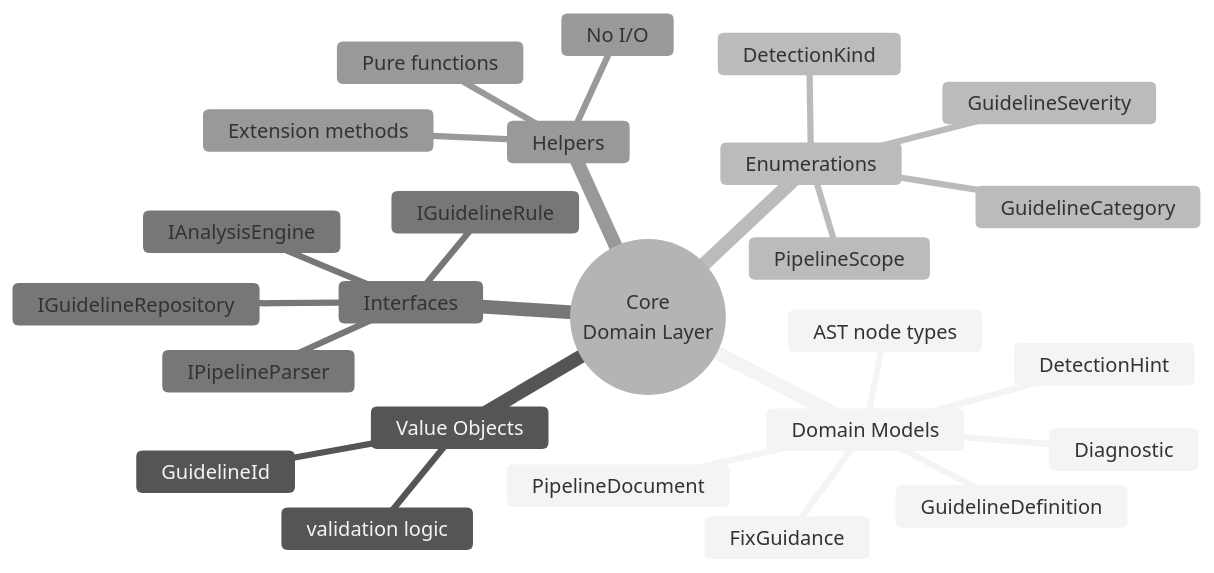
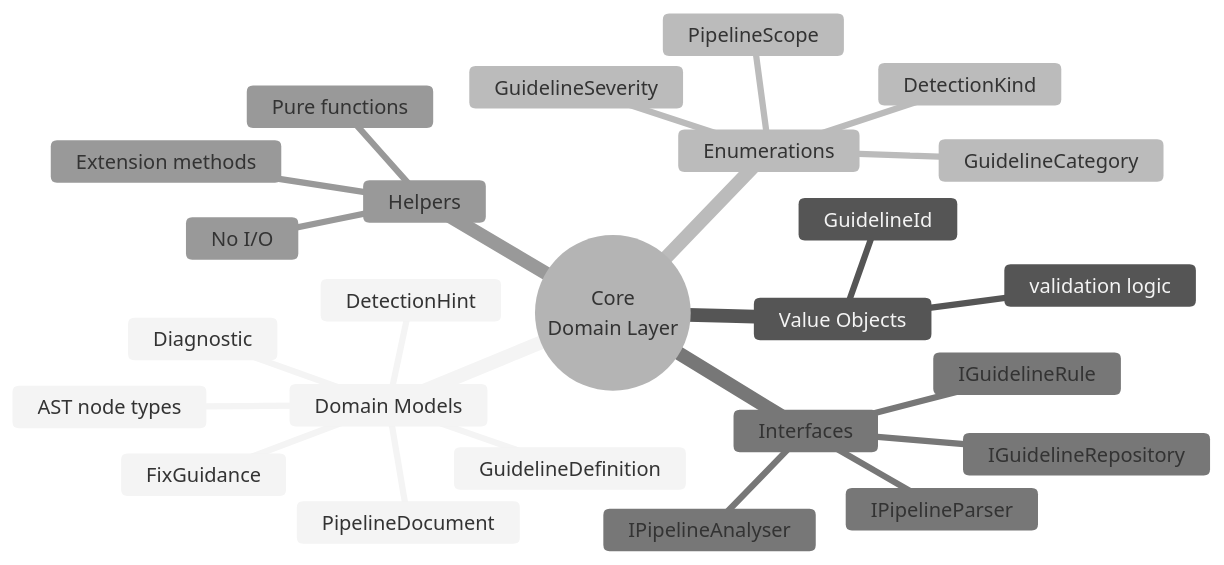
The first of 2 diagrams in src/AzurePipelines.Guidelines.Core/AGENTS.md (ruijarimba/azure-pipelines-guidelines-ai-mcp), drawn with Mermaid (neutral theme) before and after one commit. The commit also changed 6 other files, not shown here.

````diff
--- a/src/AzurePipelines.Guidelines.Core/AGENTS.md
+++ b/src/AzurePipelines.Guidelines.Core/AGENTS.md
@@ -11,28 +11,28 @@
 ```mermaid
 mindmap
   root((Core<br/>Domain Layer))
     Domain Models
       GuidelineDefinition
       DetectionHint
       FixGuidance
       Diagnostic
       PipelineDocument
       AST node types
     Value Objects
       GuidelineId
       validation logic
     Enumerations
       GuidelineCategory
       GuidelineSeverity
       DetectionKind
       PipelineScope
     Interfaces
       IGuidelineRule
       IGuidelineRepository
-      IAnalysisEngine
+      IPipelineAnalyser
       IPipelineParser
     Helpers
       Pure functions
       Extension methods
       No I/O
 ```
````
